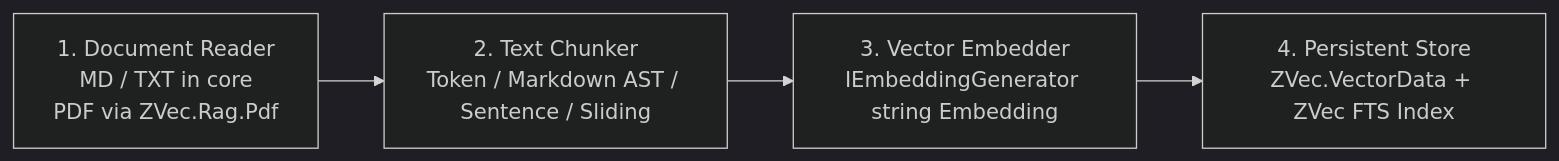
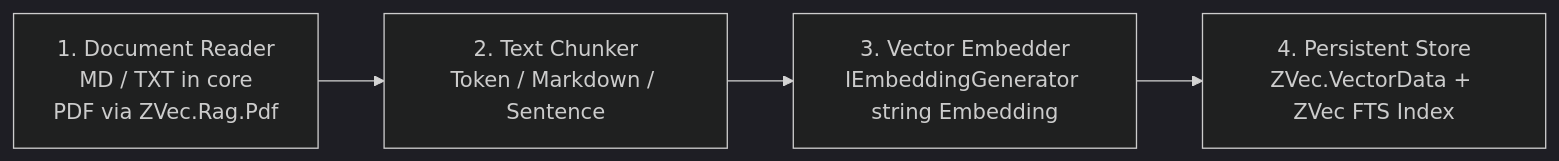
One commit to ahmedSamir50/AdamSystems.ZVec.NET-RAG changed the first of 2 diagrams in README.md. Above: the diagram before and after it, drawn with Mermaid (dark theme). The commit also changed other lines of this file and 55 other files, not shown here.

````diff
--- a/README.md
+++ b/README.md
@@ -80,8 +96,8 @@
 ```mermaid
 flowchart LR
   reader["1. Document Reader\nMD / TXT in core\nPDF via ZVec.Rag.Pdf"]
-  chunker["2. Text Chunker\nToken / Markdown AST / Sentence / Sliding"]
+  chunker["2. Text Chunker\nToken / Markdown / Sentence"]
   embedder["3. Vector Embedder\nIEmbeddingGenerator string Embedding"]
   store["4. Persistent Store\nZVec.VectorData + ZVec FTS Index"]
   reader --> chunker --> embedder --> store
 ```
````
